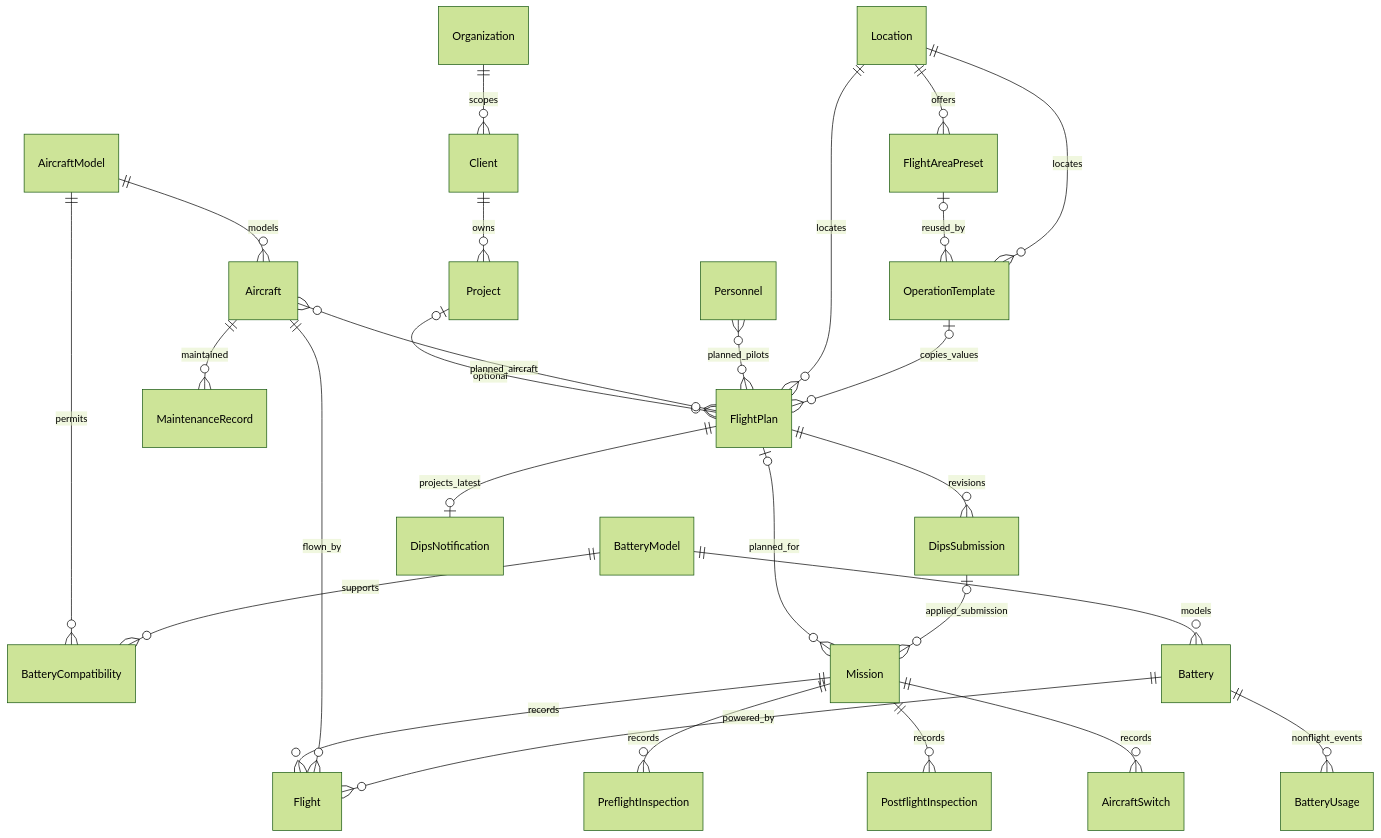
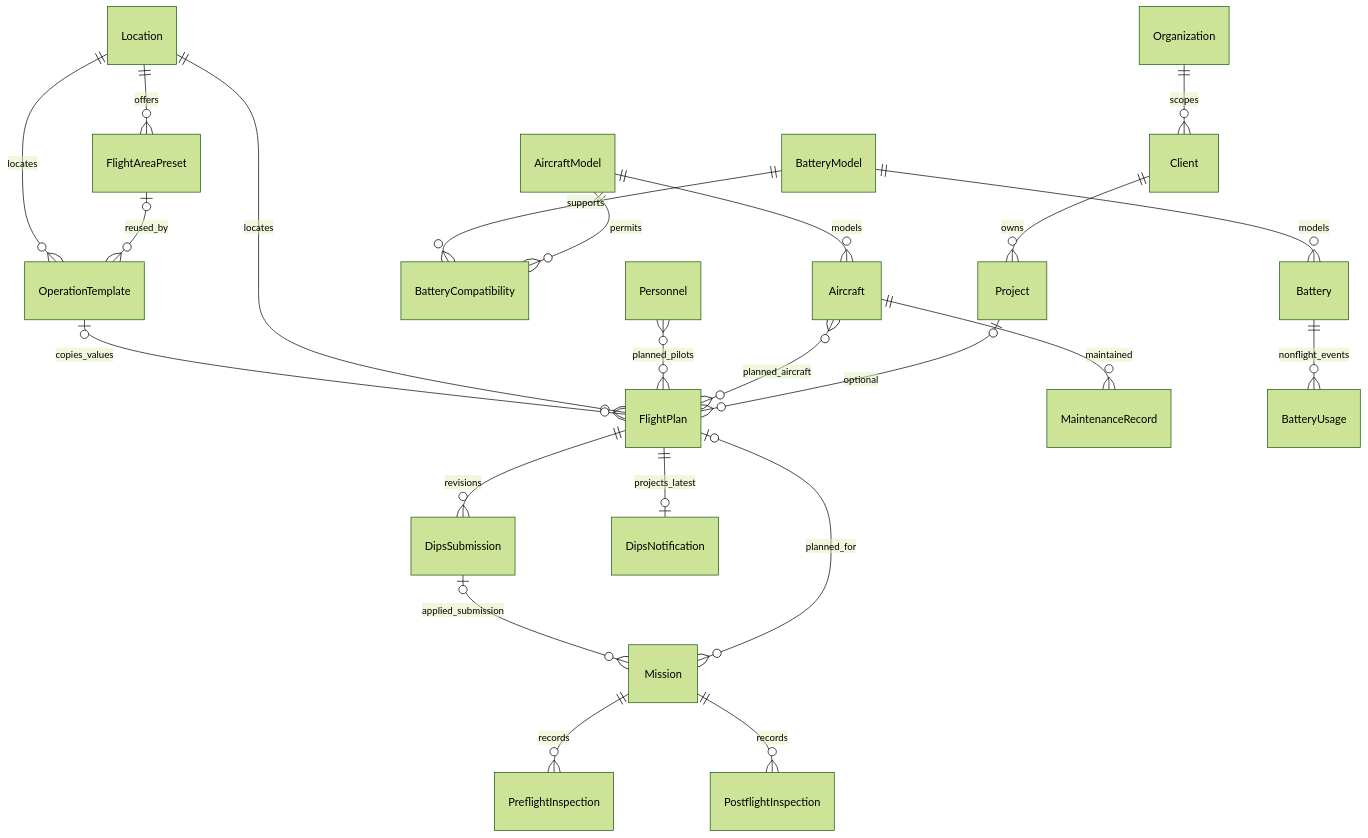
The diagram in docs/architecture/domain-model/12_overview.md (ikifuse/drone-flight-ops), drawn with Mermaid (forest theme) before and after one commit. The commit also changed other lines of this file and 48 other files, not shown here.

````diff
--- a/docs/architecture/domain-model/12_overview.md
+++ b/docs/architecture/domain-model/12_overview.md
@@ -12,29 +12,25 @@
 ```mermaid
 erDiagram
     Organization ||--o{ Client : scopes
     Client ||--o{ Project : owns
     Project o|--o{ FlightPlan : optional
     AircraftModel ||--o{ Aircraft : models
     AircraftModel ||--o{ BatteryCompatibility : permits
     BatteryModel ||--o{ BatteryCompatibility : supports
     BatteryModel ||--o{ Battery : models
     Aircraft }o--o{ FlightPlan : planned_aircraft
     Personnel }o--o{ FlightPlan : planned_pilots
     Location ||--o{ FlightAreaPreset : offers
     Location ||--o{ FlightPlan : locates
     FlightAreaPreset o|--o{ OperationTemplate : reused_by
     Location ||--o{ OperationTemplate : locates
     OperationTemplate o|--o{ FlightPlan : copies_values
     FlightPlan ||--o{ DipsSubmission : revisions
     FlightPlan ||--o| DipsNotification : projects_latest
     FlightPlan o|--o{ Mission : planned_for
     DipsSubmission o|--o{ Mission : applied_submission
-    Mission ||--o{ Flight : records
     Mission ||--o{ PreflightInspection : records
     Mission ||--o{ PostflightInspection : records
-    Mission ||--o{ AircraftSwitch : records
-    Aircraft ||--o{ Flight : flown_by
-    Battery ||--o{ Flight : powered_by
     Aircraft ||--o{ MaintenanceRecord : maintained
     Battery ||--o{ BatteryUsage : nonflight_events
 ```
````
